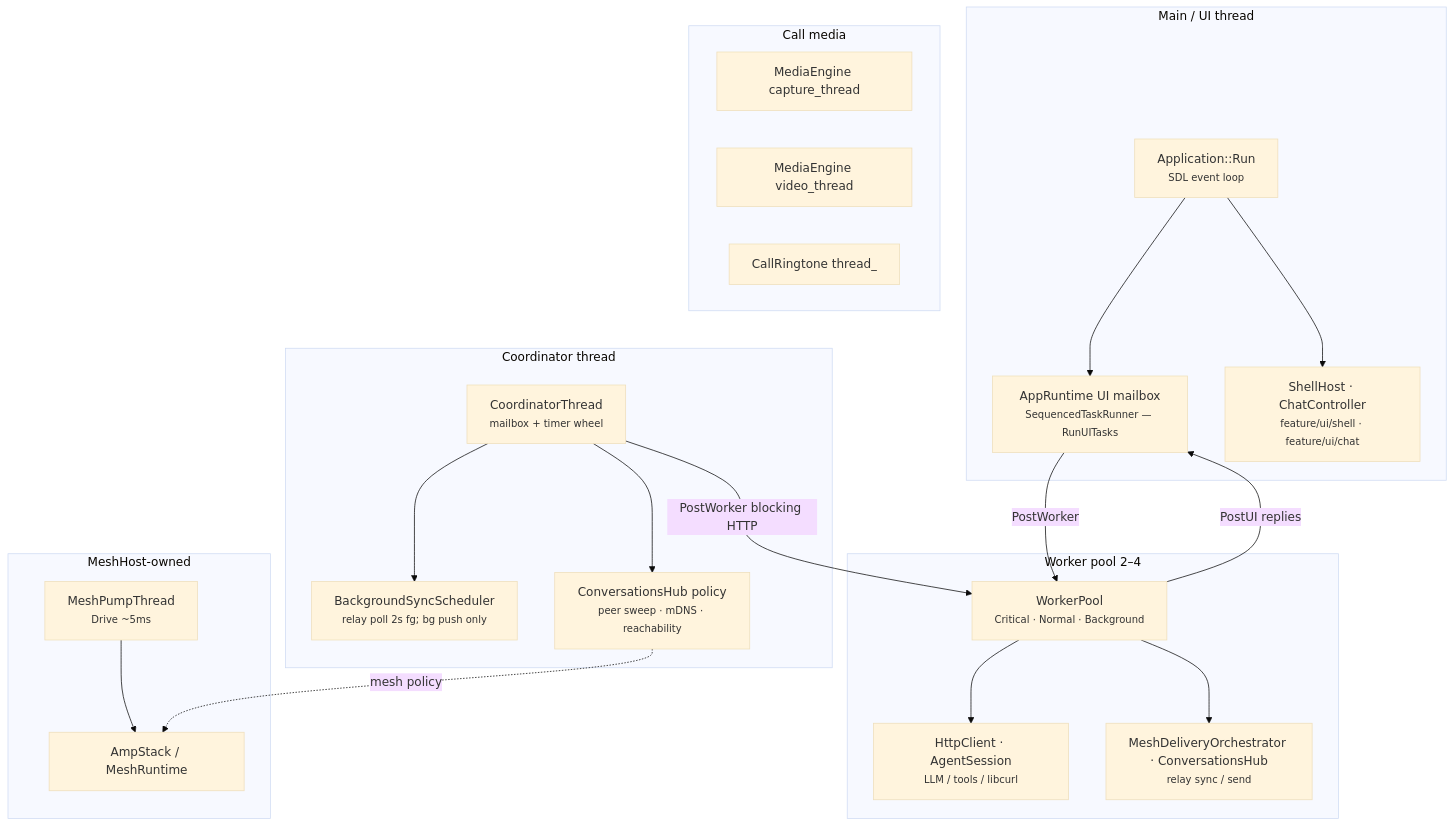
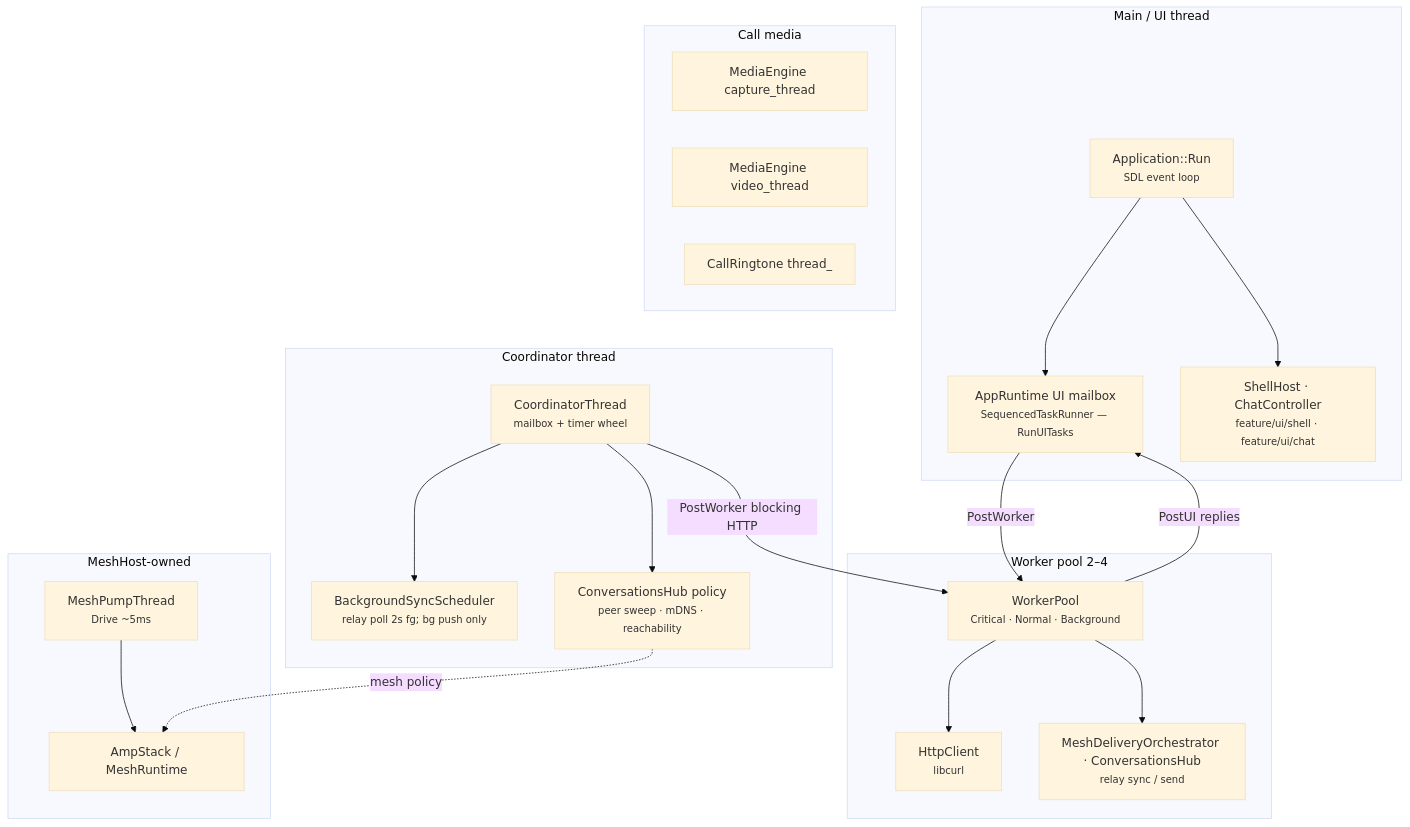
Before and after one commit to people-post/pp-browser: the fourth of 4 diagrams in docs/architecture/RUNTIME_COMPOSITION.md, drawn with Mermaid (base theme). The commit also changed other lines of this file and 13 other files, not shown here.

First line of the commit message:
docs: bring architecture and contract docs in line with the code (#64 audit)

````diff
--- a/docs/architecture/RUNTIME_COMPOSITION.md
+++ b/docs/architecture/RUNTIME_COMPOSITION.md
@@ -235,43 +235,43 @@
 ```mermaid
 flowchart TB
   subgraph main["Main / UI thread"]
     SDL["Application::Run<br/><small>SDL event loop</small>"]
     UIQ["AppRuntime UI mailbox<br/><small>SequencedTaskRunner — RunUITasks</small>"]
     ShellTick["ShellHost · ChatController<br/><small>feature/ui/shell · feature/ui/chat</small>"]
     SDL --> UIQ
     SDL --> ShellTick
   end
 
   subgraph coord["Coordinator thread"]
     Coord["CoordinatorThread<br/><small>mailbox + timer wheel</small>"]
     RelayPoll["BackgroundSyncScheduler<br/><small>relay poll 2s fg; bg push only</small>"]
     HubPolicy["ConversationsHub policy<br/><small>peer sweep · mDNS · reachability</small>"]
     Coord --> RelayPoll
     Coord --> HubPolicy
   end
 
   subgraph pool["Worker pool 2–4"]
     Pool["WorkerPool<br/><small>Critical · Normal · Background</small>"]
-    Http["HttpClient · AgentSession<br/><small>LLM / tools / libcurl</small>"]
+    Http["HttpClient<br/><small>libcurl</small>"]
     P2pWork["MeshDeliveryOrchestrator · ConversationsHub<br/><small>relay sync / send</small>"]
     Pool --> Http
     Pool --> P2pWork
   end
 
   subgraph mesh_host["MeshHost-owned"]
     Pump["MeshPumpThread<br/><small>Drive ~5ms</small>"]
     Amp["AmpStack / MeshRuntime"]
     Pump --> Amp
   end
 
   subgraph media_stack["Call media"]
     Cap["MediaEngine capture_thread"]
     Vid["MediaEngine video_thread"]
     Ring["CallRingtone thread_"]
   end
 
   UIQ -->|"PostWorker"| Pool
   Pool -->|"PostUI replies"| UIQ
   Coord -->|"PostWorker blocking HTTP"| Pool
   HubPolicy -.->|"mesh policy"| Amp
 ```
````
